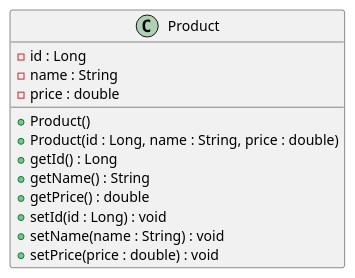
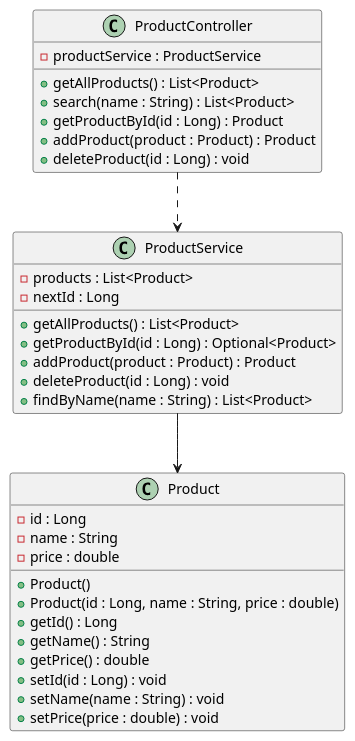
The diagram in docs/uml/Product.puml (bajracharyavishank-droid/products-api), drawn with PlantUML before and after one commit.

Commit message:
Tutorial 3: ProductService with List - four CRUD endpoints working

```diff
--- a/docs/uml/Product.puml
+++ b/docs/uml/Product.puml
@@ -1,17 +1,39 @@
 @startuml
 
 class Product {
   - id : Long
   - name : String
   - price : double
   + Product()
   + Product(id : Long, name : String, price : double)
   + getId() : Long
   + getName() : String
   + getPrice() : double
   + setId(id : Long) : void
   + setName(name : String) : void
   + setPrice(price : double) : void
 }
 
+class ProductService {
+  - products : List<Product>
+  - nextId : Long
+  + getAllProducts() : List<Product>
+  + getProductById(id : Long) : Optional<Product>
+  + addProduct(product : Product) : Product
+  + deleteProduct(id : Long) : void
+  + findByName(name : String) : List<Product>
+}
+
+class ProductController {
+  - productService : ProductService
+  + getAllProducts() : List<Product>
+  + search(name : String) : List<Product>
+  + getProductById(id : Long) : Product
+  + addProduct(product : Product) : Product
+  + deleteProduct(id : Long) : void
+}
+
+ProductController ..> ProductService
+ProductService --> Product
+
 @enduml
```
